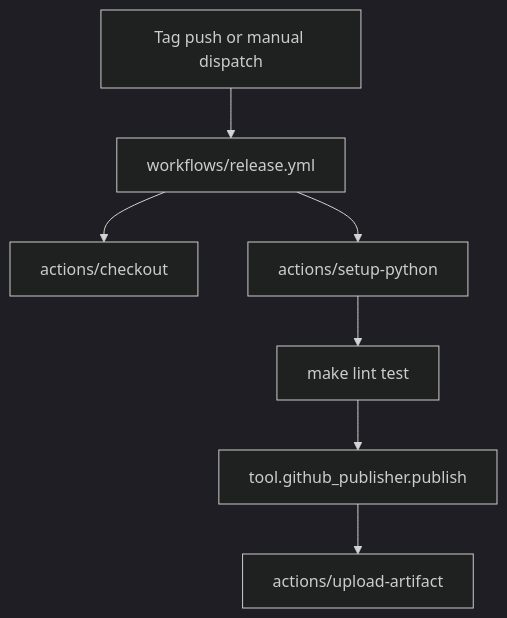
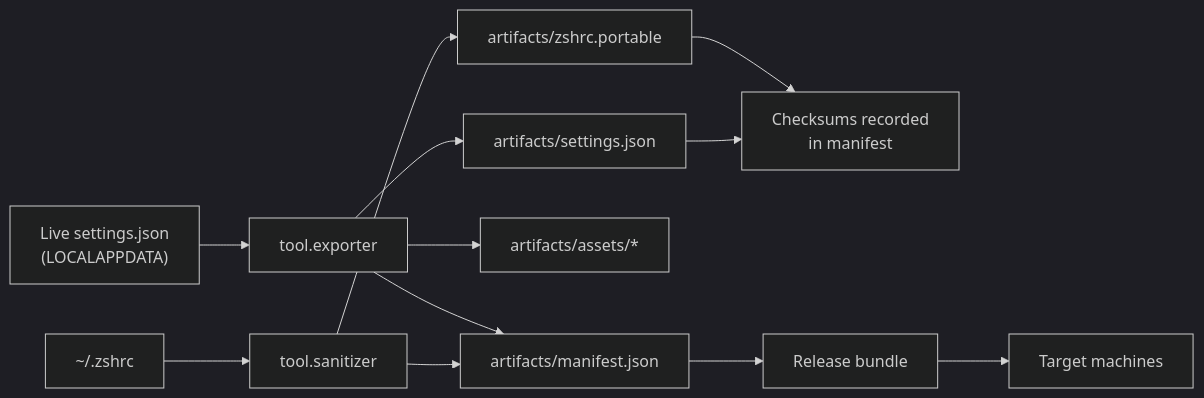
Before and after one commit to Runndownn/Omniforge: the fifth of 5 diagrams in .github/README.md, drawn with Mermaid (dark theme). The commit also changed other lines of this file, not shown here.

````diff
--- a/.github/README.md
+++ b/.github/README.md
@@ -5,9 +252,14 @@
 ```mermaid
-flowchart TD
-    Trigger["Tag push or manual dispatch"] --> ReleaseWorkflow["workflows/release.yml"]
-    ReleaseWorkflow --> Checkout["actions/checkout"]
-    ReleaseWorkflow --> PythonSetup["actions/setup-python"]
-    PythonSetup --> Build["make lint test"]
-    Build --> Package["tool.github_publisher.publish"]
-    Package --> Upload["actions/upload-artifact"]
+flowchart LR
+    SourceSettings["Live settings.json\n(LOCALAPPDATA)"] --> Exporter
+    ZshSource["~/.zshrc"] --> Sanitizer
+    Exporter["tool.exporter"] --> Settings["artifacts/settings.json"]
+    Exporter --> Manifest["artifacts/manifest.json"]
+    Exporter --> Assets["artifacts/assets/*"]
+    Sanitizer["tool.sanitizer"] --> PortableZsh["artifacts/zshrc.portable"]
+    Sanitizer --> Manifest
+    PortableZsh --> HashLog["Checksums recorded\nin manifest"]
+    Settings --> HashLog
+    Manifest --> Release["Release bundle"]
+    Release --> Consumers["Target machines"]
 ```
````
